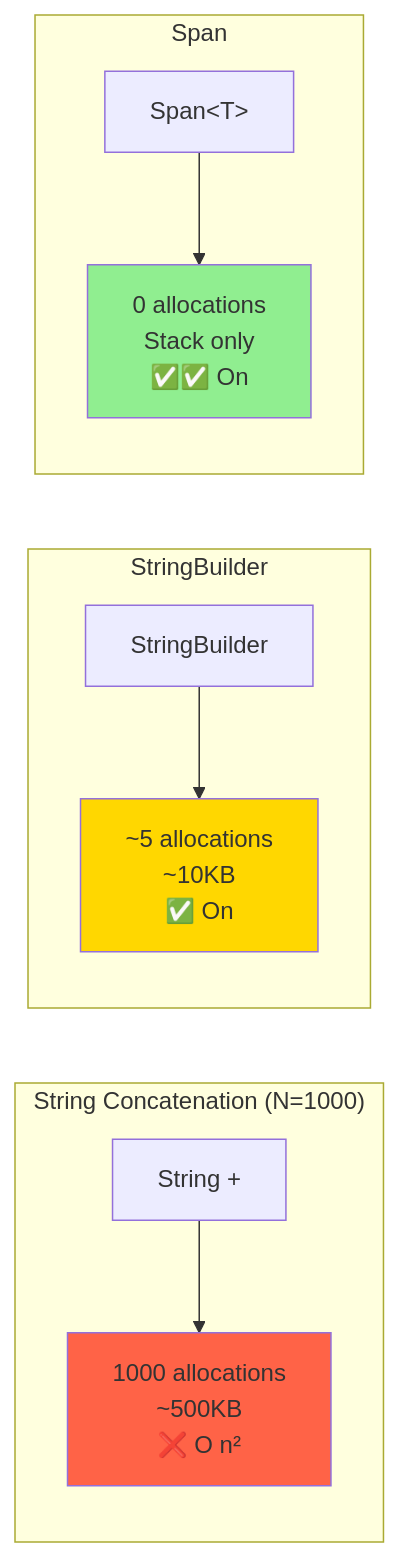
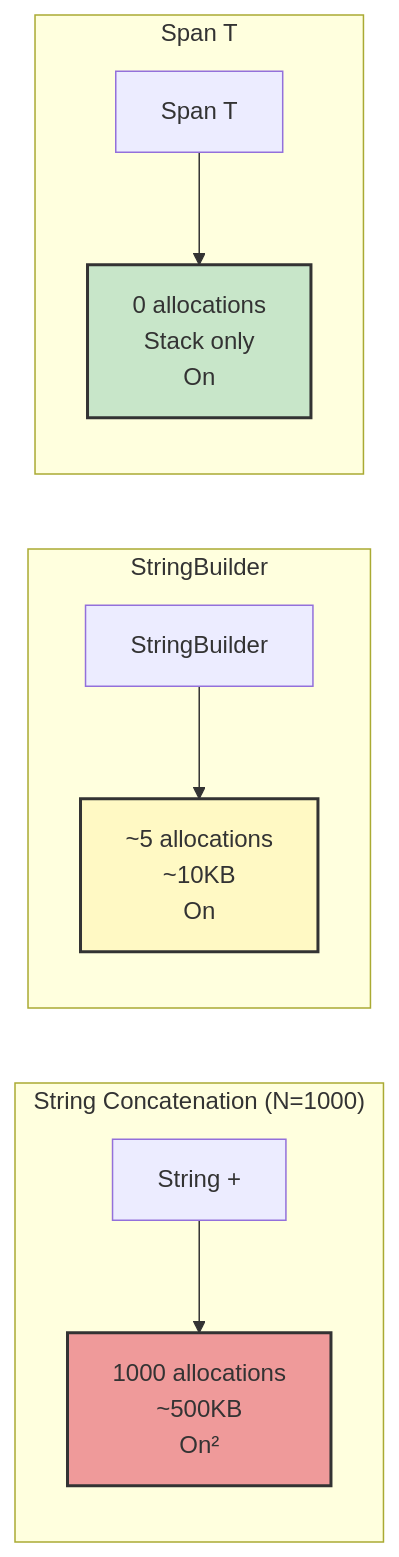
One commit to NguyenPhamCode4You/ai-home-lab-docker-compose changed the second of 2 diagrams in C# fundamentals/day13-performance.md. Above: the diagram before and after it, drawn with Mermaid. The commit also changed other lines of this file and 10 other files, not shown here.

````diff
--- a/C# fundamentals/day13-performance.md
+++ b/C# fundamentals/day13-performance.md
@@ -41,18 +41,18 @@
 ```mermaid
 graph LR
     subgraph "String Concatenation (N=1000)"
-        A1[String +] --> B1[1000 allocations<br/>~500KB<br/>❌ O n²]
+        A1[String +] --> B1[1000 allocations<br/>~500KB<br/>On²]
     end
 
     subgraph "StringBuilder"
-        A2[StringBuilder] --> B2[~5 allocations<br/>~10KB<br/>✅ On]
+        A2[StringBuilder] --> B2[~5 allocations<br/>~10KB<br/>On]
     end
 
-    subgraph "Span<T>"
-        A3[Span&lt;T&gt;] --> B3[0 allocations<br/>Stack only<br/>✅✅ On]
+    subgraph "Span T"
+        A3[Span T] --> B3[0 allocations<br/>Stack only<br/>On]
     end
 
-    style B1 fill:#FF6347
-    style B2 fill:#FFD700
-    style B3 fill:#90EE90
+    style B1 fill:#ef9a9a,stroke:#333,stroke-width:2px
+    style B2 fill:#fff9c4,stroke:#333,stroke-width:2px
+    style B3 fill:#c8e6c9,stroke:#333,stroke-width:2px
 ```
````
